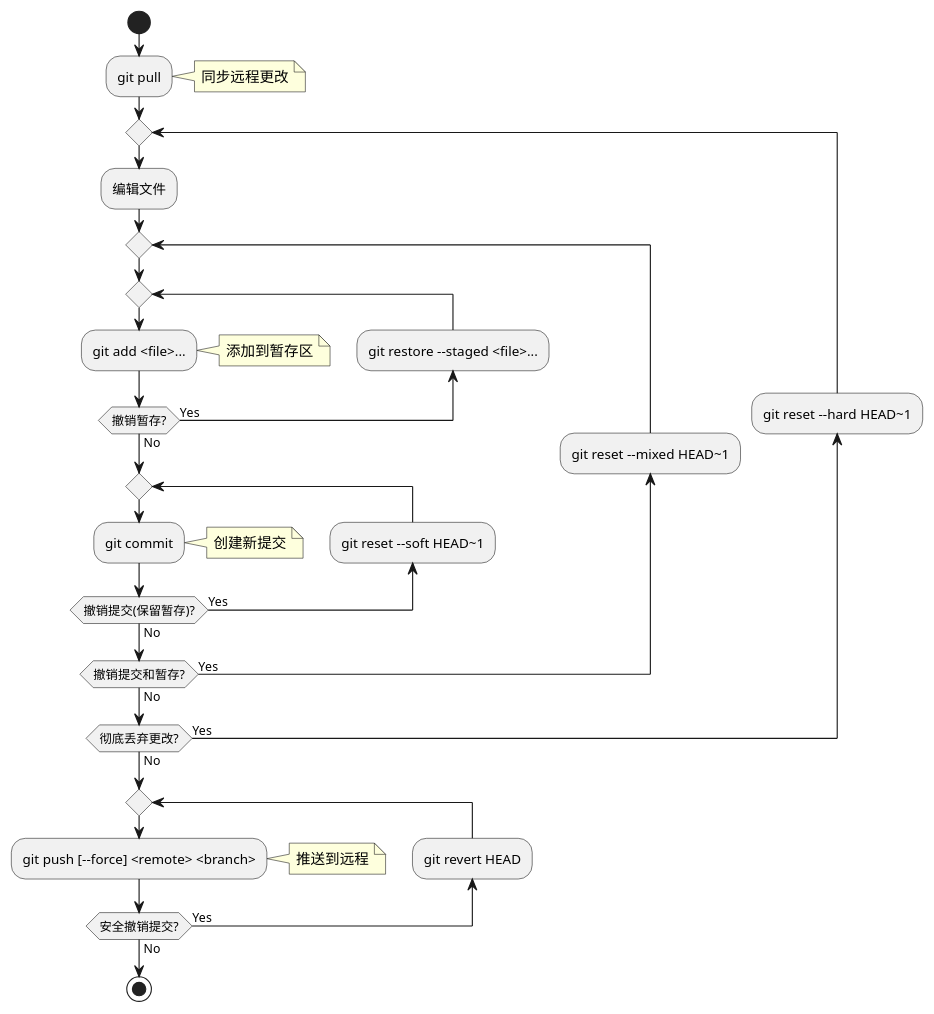
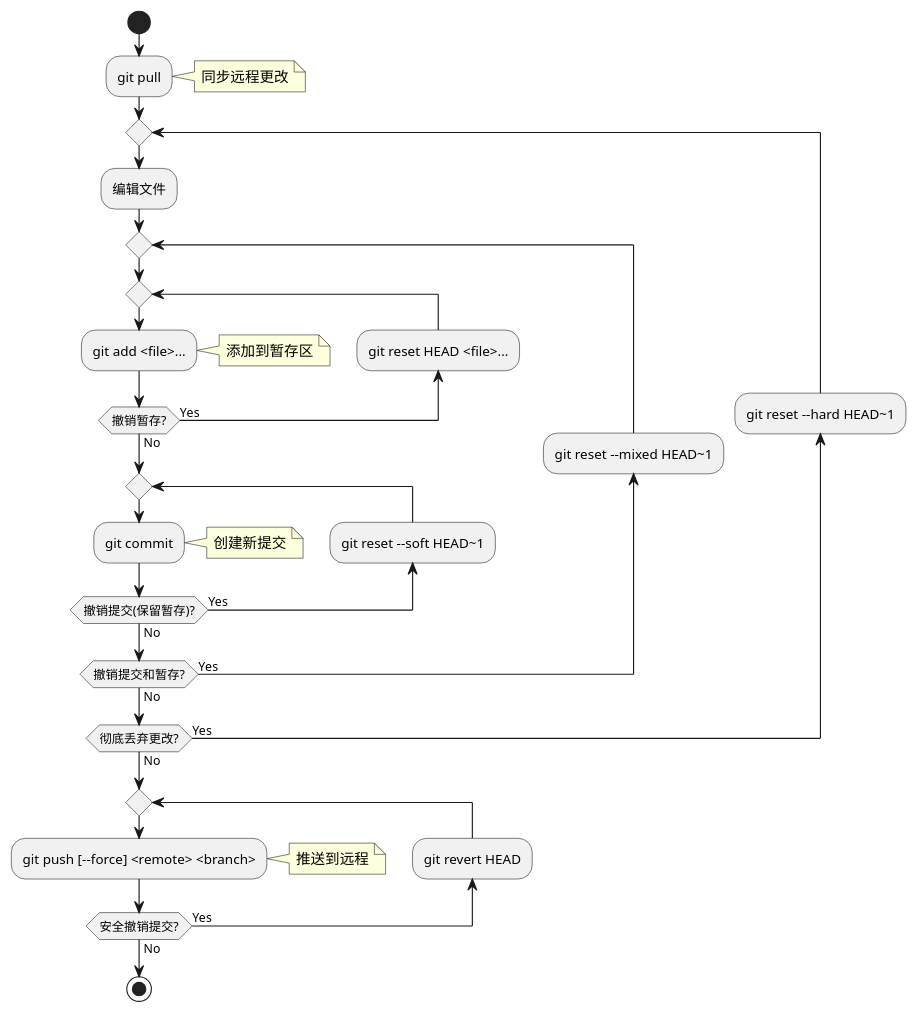
One commit to zhyantao/docs changed the diagram in docs/cli/git.md. Above: the diagram before and after it, drawn with PlantUML.

````diff
--- a/docs/cli/git.md
+++ b/docs/cli/git.md
@@ -44,37 +44,37 @@
 ```{uml}
 @startuml
 start
 
 :git pull;
 note right:同步远程更改
 
 repeat
   :编辑文件;
   repeat
   repeat
     :git add <file>...;
     note right:添加到暂存区
-    backward:git restore --staged <file>...;
+    backward:git reset HEAD <file>...;
   repeat while (撤销暂存?) is (Yes) not (No)
 
   repeat
     :git commit;
     note right:创建新提交
     backward:git reset --soft HEAD~1;
   repeat while (撤销提交(保留暂存)?) is (Yes) not (No)
 
   backward:git reset --mixed HEAD~1;
   repeat while (撤销提交和暂存?) is (Yes) not (No)
 
   backward:git reset --hard HEAD~1;
 repeat while (彻底丢弃更改?) is (Yes) not (No)
 
 repeat
   :git push [--force] <remote> <branch>;
   note right:推送到远程
   backward:git revert HEAD;
 repeat while (安全撤销提交?) is (Yes) not (No)
 
 stop
 @enduml
 ```
````
